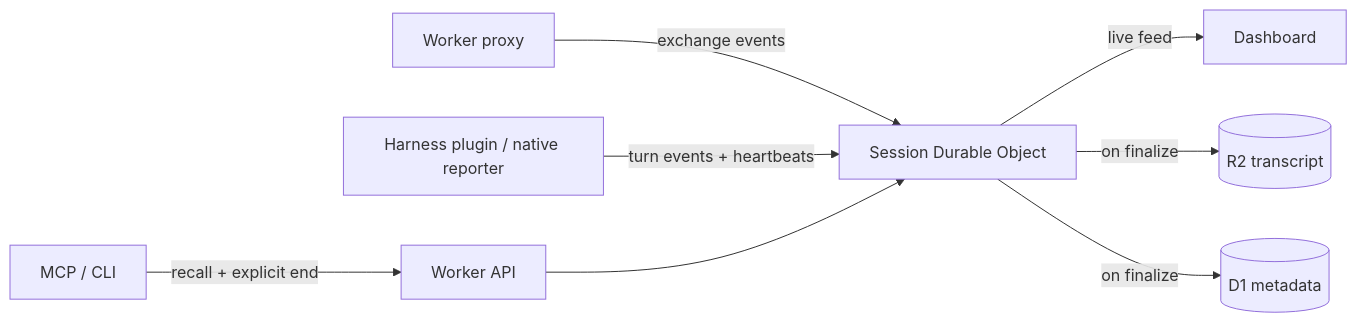
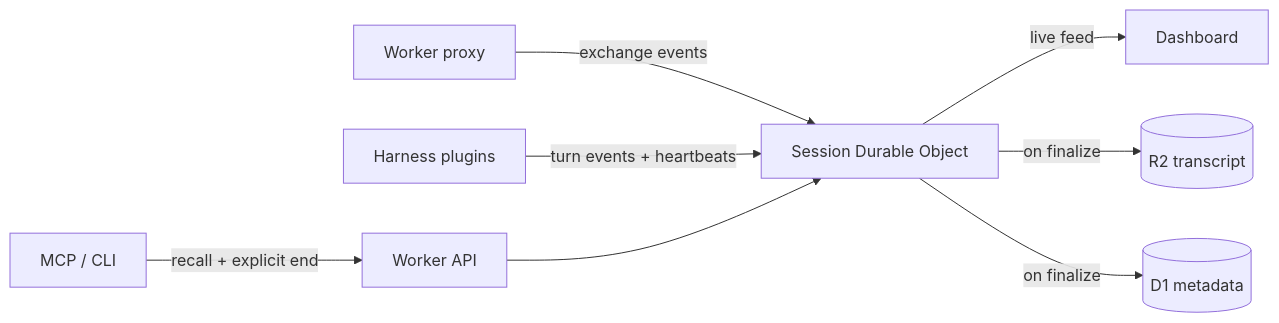
The diagram in docs/session-lifecycle.md (cloudboy-jh/Mimir), drawn with Mermaid before and after one commit. The commit also changed other lines of this file and 33 other files, not shown here.

````diff
--- a/docs/session-lifecycle.md
+++ b/docs/session-lifecycle.md
@@ -27,10 +20,10 @@
 ```mermaid
 flowchart LR
     P[Worker proxy] -->|exchange events| S[Session Durable Object]
-    G[Harness plugin / native reporter] -->|turn events + heartbeats| S
+    G[Harness plugins] -->|turn events + heartbeats| S
     S -->|live feed| D[Dashboard]
     S -->|on finalize| R[(R2 transcript)]
     S -->|on finalize| Q[(D1 metadata)]
     M[MCP / CLI] -->|recall + explicit end| W[Worker API]
     W --> S
 ```
````
